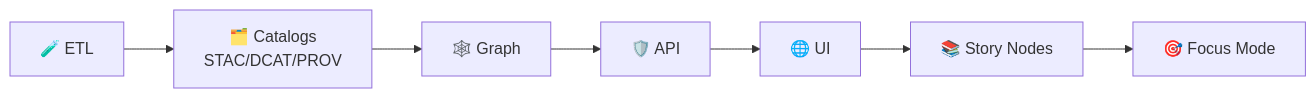
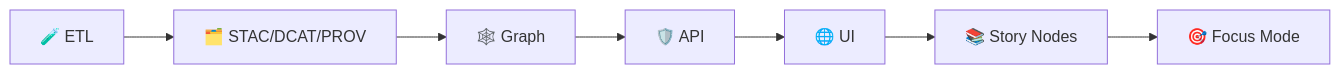
Before and after one commit to bartytime4life/Kansas-Frontier-Matrix: the diagram in tests/README.md, drawn with Mermaid. The commit also changed other lines of this file, not shown here.

````diff
--- a/tests/README.md
+++ b/tests/README.md
@@ -178,9 +230,9 @@
 ```mermaid
 flowchart LR
-  A[🧪 ETL] --> B[🗂️ Catalogs<br/>STAC/DCAT/PROV]
+  A[🧪 ETL] --> B[🗂️ STAC/DCAT/PROV]
   B --> C[🕸️ Graph]
   C --> D[🛡️ API]
   D --> E[🌐 UI]
   E --> F[📚 Story Nodes]
   F --> G[🎯 Focus Mode]
 ```
````
